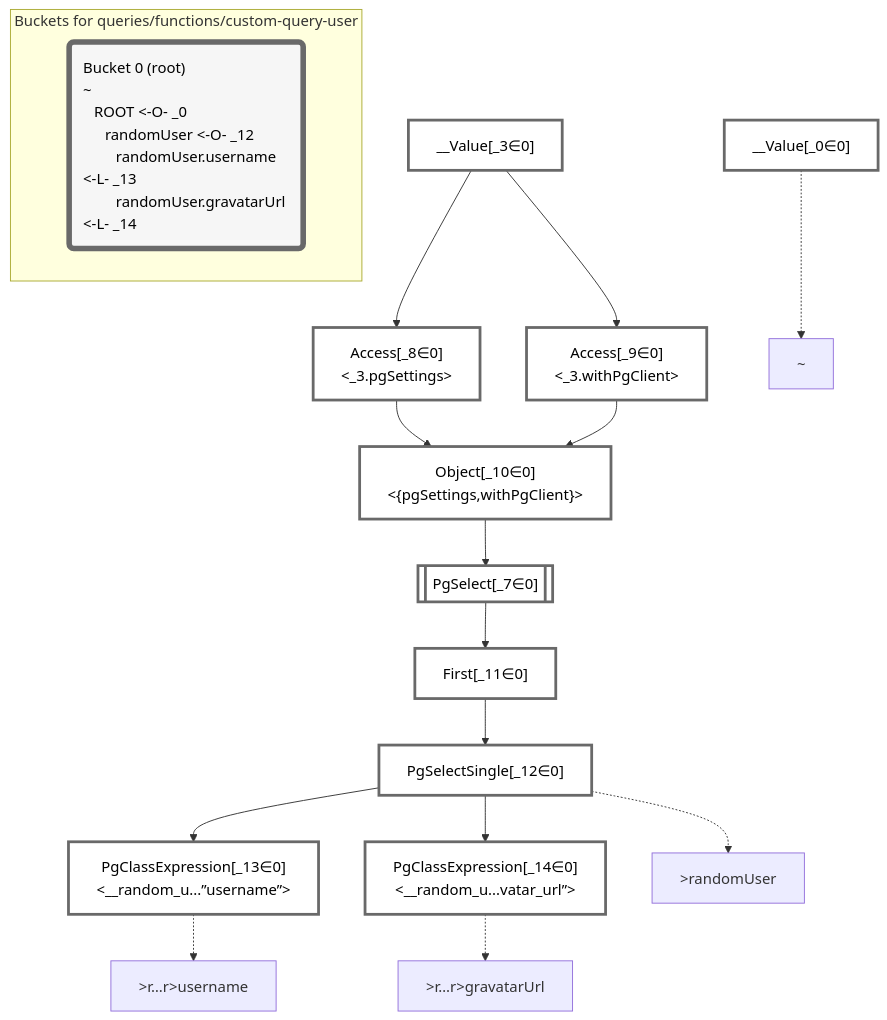
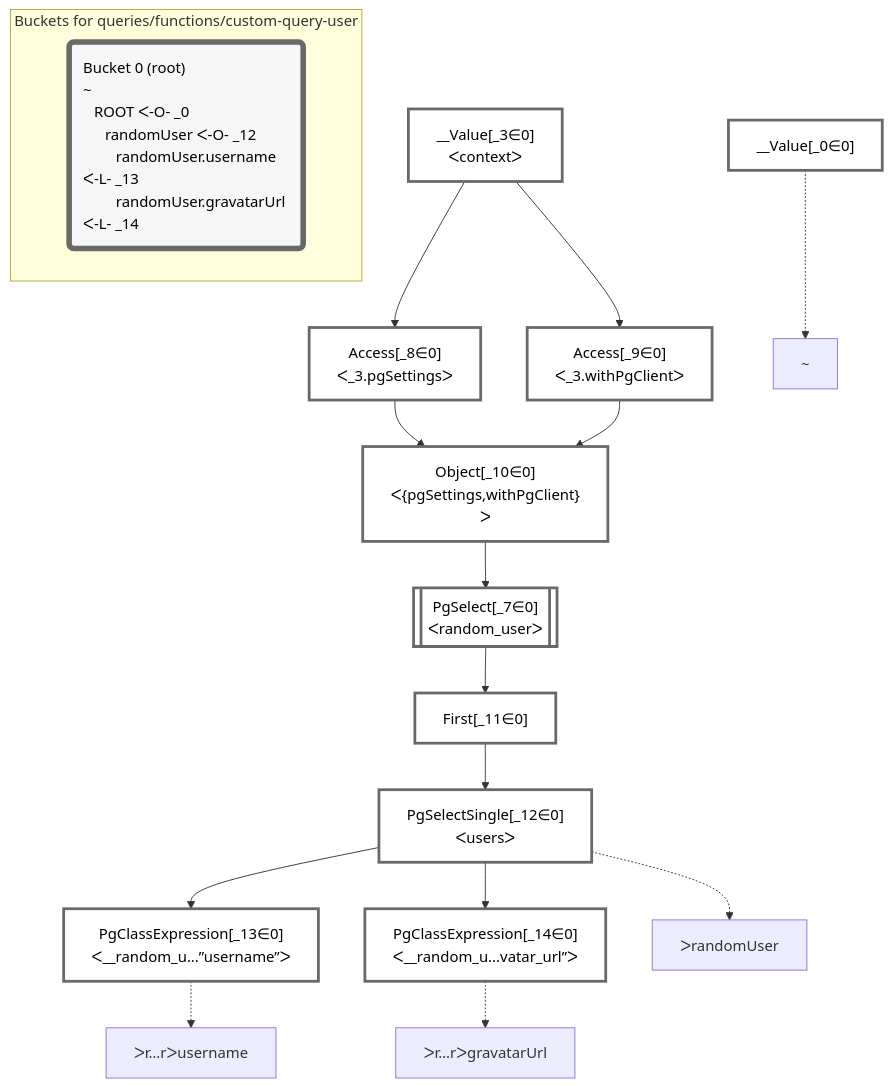
The diagram in packages/dataplan-pg/__tests__/queries/functions/custom-query-user.deopt.mermaid.md (graphile/crystal), drawn with Mermaid before and after one commit. The commit also changed 195 other files, not shown here.

````diff
--- a/packages/dataplan-pg/__tests__/queries/functions/custom-query-user.deopt.mermaid.md
+++ b/packages/dataplan-pg/__tests__/queries/functions/custom-query-user.deopt.mermaid.md
@@ -1,51 +1,51 @@
 ```mermaid
 graph TD
     classDef path fill:#eee,stroke:#000,color:#000
     classDef plan fill:#fff,stroke-width:3px,color:#000
     classDef itemplan fill:#fff,stroke-width:6px,color:#000
     classDef sideeffectplan fill:#f00,stroke-width:6px,color:#000
     classDef bucket fill:#f6f6f6,color:#000,stroke-width:6px,text-align:left
 
 
     %% define plans
     __Value_0["__Value[_0∈0]"]:::plan
-    __Value_3["__Value[_3∈0]<br /><context>"]:::plan
-    PgSelect_7[["PgSelect[_7∈0]<br /><random_user>"]]:::plan
-    Access_8["Access[_8∈0]<br /><_3.pgSettings>"]:::plan
-    Access_9["Access[_9∈0]<br /><_3.withPgClient>"]:::plan
-    Object_10["Object[_10∈0]<br /><{pgSettings,withPgClient}>"]:::plan
+    __Value_3["__Value[_3∈0]<br />ᐸcontextᐳ"]:::plan
+    PgSelect_7[["PgSelect[_7∈0]<br />ᐸrandom_userᐳ"]]:::plan
+    Access_8["Access[_8∈0]<br />ᐸ_3.pgSettingsᐳ"]:::plan
+    Access_9["Access[_9∈0]<br />ᐸ_3.withPgClientᐳ"]:::plan
+    Object_10["Object[_10∈0]<br />ᐸ{pgSettings,withPgClient}ᐳ"]:::plan
     First_11["First[_11∈0]"]:::plan
-    PgSelectSingle_12["PgSelectSingle[_12∈0]<br /><users>"]:::plan
-    PgClassExpression_13["PgClassExpression[_13∈0]<br /><__random_u...”username”>"]:::plan
-    PgClassExpression_14["PgClassExpression[_14∈0]<br /><__random_u...vatar_url”>"]:::plan
+    PgSelectSingle_12["PgSelectSingle[_12∈0]<br />ᐸusersᐳ"]:::plan
+    PgClassExpression_13["PgClassExpression[_13∈0]<br />ᐸ__random_u...”username”ᐳ"]:::plan
+    PgClassExpression_14["PgClassExpression[_14∈0]<br />ᐸ__random_u...vatar_url”ᐳ"]:::plan
 
     %% plan dependencies
     Object_10 --> PgSelect_7
     __Value_3 --> Access_8
     __Value_3 --> Access_9
     Access_8 --> Object_10
     Access_9 --> Object_10
     PgSelect_7 --> First_11
     First_11 --> PgSelectSingle_12
     PgSelectSingle_12 --> PgClassExpression_13
     PgSelectSingle_12 --> PgClassExpression_14
 
     %% plan-to-path relationships
     P_0["~"]
     __Value_0 -.-> P_0
-    P_12[">randomUser"]
+    P_12["ᐳrandomUser"]
     PgSelectSingle_12 -.-> P_12
-    P_13[">r…r>username"]
+    P_13["ᐳr…rᐳusername"]
     PgClassExpression_13 -.-> P_13
-    P_14[">r…r>gravatarUrl"]
+    P_14["ᐳr…rᐳgravatarUrl"]
     PgClassExpression_14 -.-> P_14
 
     %% allocate buckets
     classDef bucket0 stroke:#696969
     class __Value_0,__Value_3,PgSelect_7,Access_8,Access_9,Object_10,First_11,PgSelectSingle_12,PgClassExpression_13,PgClassExpression_14 bucket0
 
     subgraph "Buckets for queries/functions/custom-query-user"
-    Bucket0("Bucket 0 (root)<br />~<br />⠀ROOT <-O- _0<br />⠀⠀randomUser <-O- _12<br />⠀⠀⠀randomUser.username <-L- _13<br />⠀⠀⠀randomUser.gravatarUrl <-L- _14"):::bucket
+    Bucket0("Bucket 0 (root)<br />~<br />⠀ROOT ᐸ-O- _0<br />⠀⠀randomUser ᐸ-O- _12<br />⠀⠀⠀randomUser.username ᐸ-L- _13<br />⠀⠀⠀randomUser.gravatarUrl ᐸ-L- _14"):::bucket
     style Bucket0 stroke:#696969
     end
 ```
````
